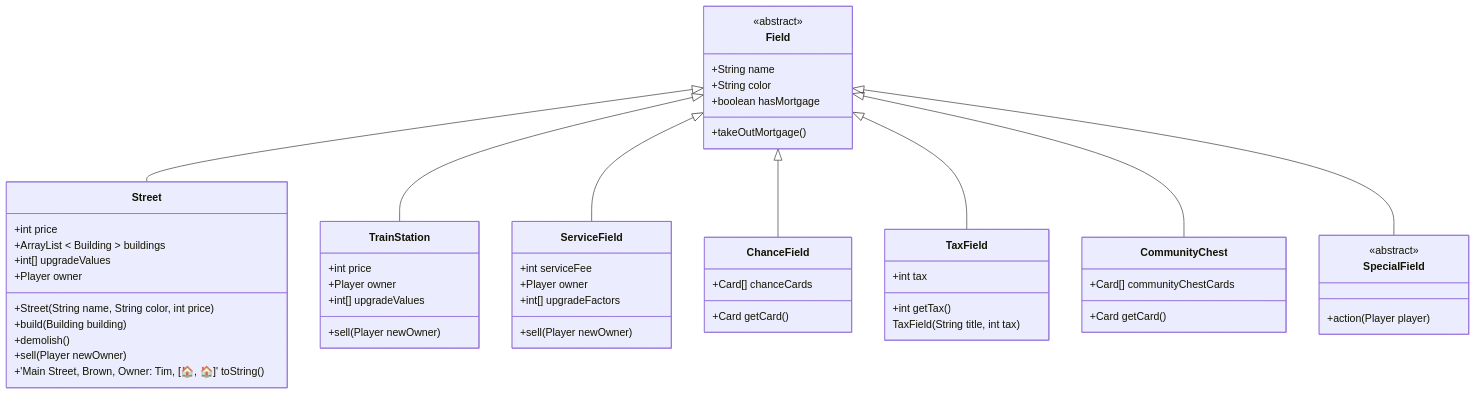
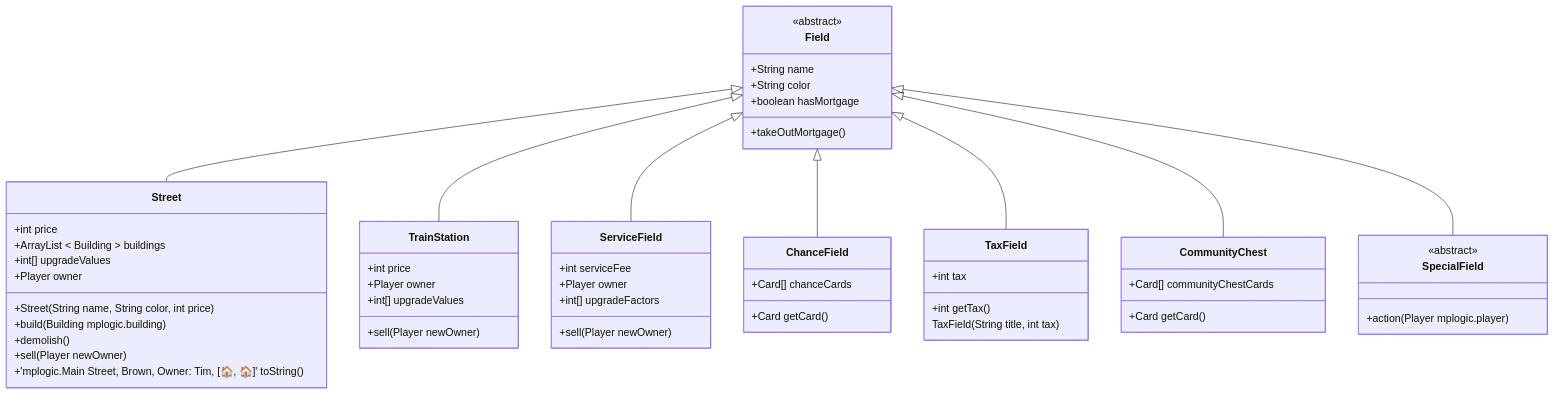
The first of 6 diagrams in classdiagram.md (mhmFrost/Monopoly), drawn with Mermaid before and after one commit. The commit also changed other lines of this file and 23 other files, not shown here.

````diff
--- a/classdiagram.md
+++ b/classdiagram.md
@@ -1,64 +1,64 @@
 ``` mermaid
 classDiagram
 Field <|-- Street
 Field <|-- TrainStation
 Field <|-- ServiceField
 Field <|-- ChanceField
 Field <|-- TaxField
 Field <|-- CommunityChest
 Field <|-- SpecialField
 
 class Field{
 +String name 
 +String color
 +boolean hasMortgage
 +takeOutMortgage()
 }
 <<abstract>> Field
 
 class Street{
 +int price
 +ArrayList < Building > buildings
 +int[] upgradeValues
 +Player owner
 +Street(String name, String color, int price)
-+build(Building building)
++build(Building mplogic.building)
 +demolish()
 +sell(Player newOwner)
-+'Main Street, Brown, Owner: Tim, [🏠, 🏠]' toString()
++'mplogic.Main Street, Brown, Owner: Tim, [🏠, 🏠]' toString()
 }
 class TrainStation{
 +int price
 +Player owner
 +int[] upgradeValues
 +sell(Player newOwner)
 }
 
 class ServiceField{
 +int serviceFee
 +Player owner
 +int[] upgradeFactors
 +sell(Player newOwner)
 }
 
 class ChanceField{
 +Card[] chanceCards
 +Card getCard()
 }
 
 class TaxField{
 +int tax
 +int getTax()
 TaxField(String title, int tax)
 }
 
 class CommunityChest{
 +Card[] communityChestCards
 +Card getCard()
 }
 
 class SpecialField{
-+action(Player player)
++action(Player mplogic.player)
 }
 <<abstract>> SpecialField
 ```
````
